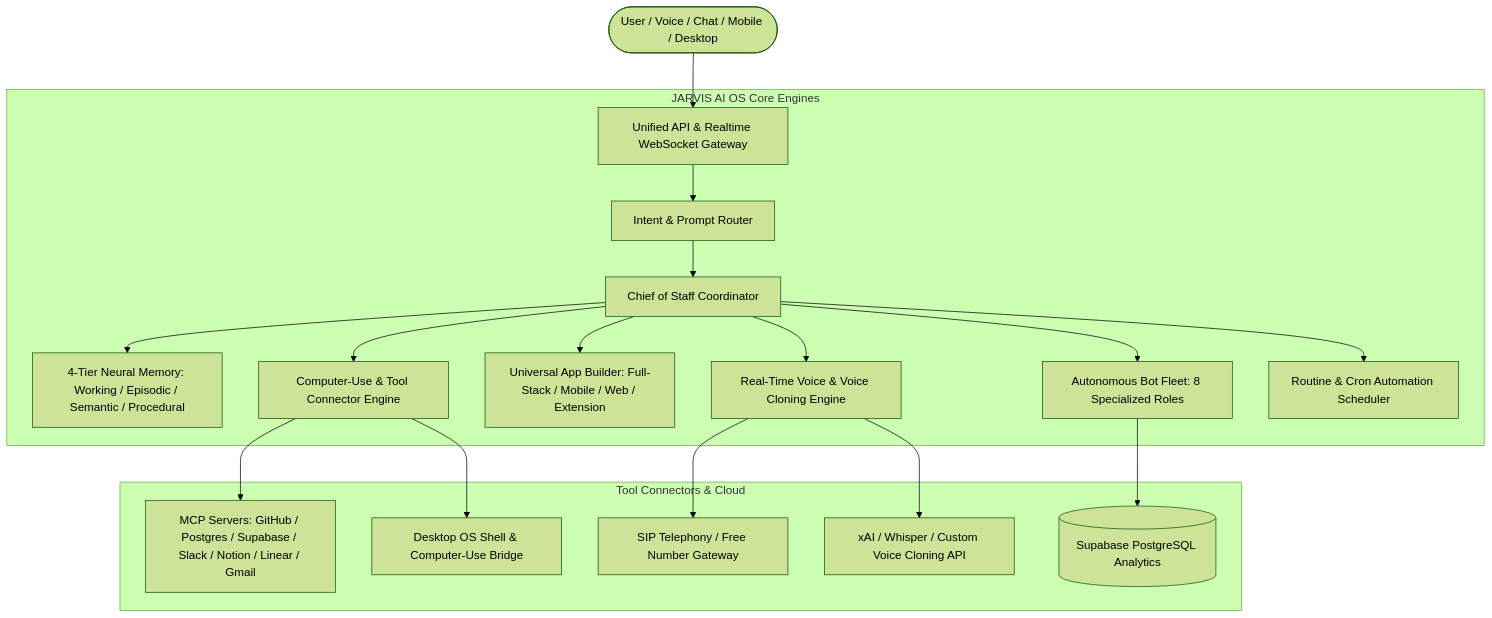
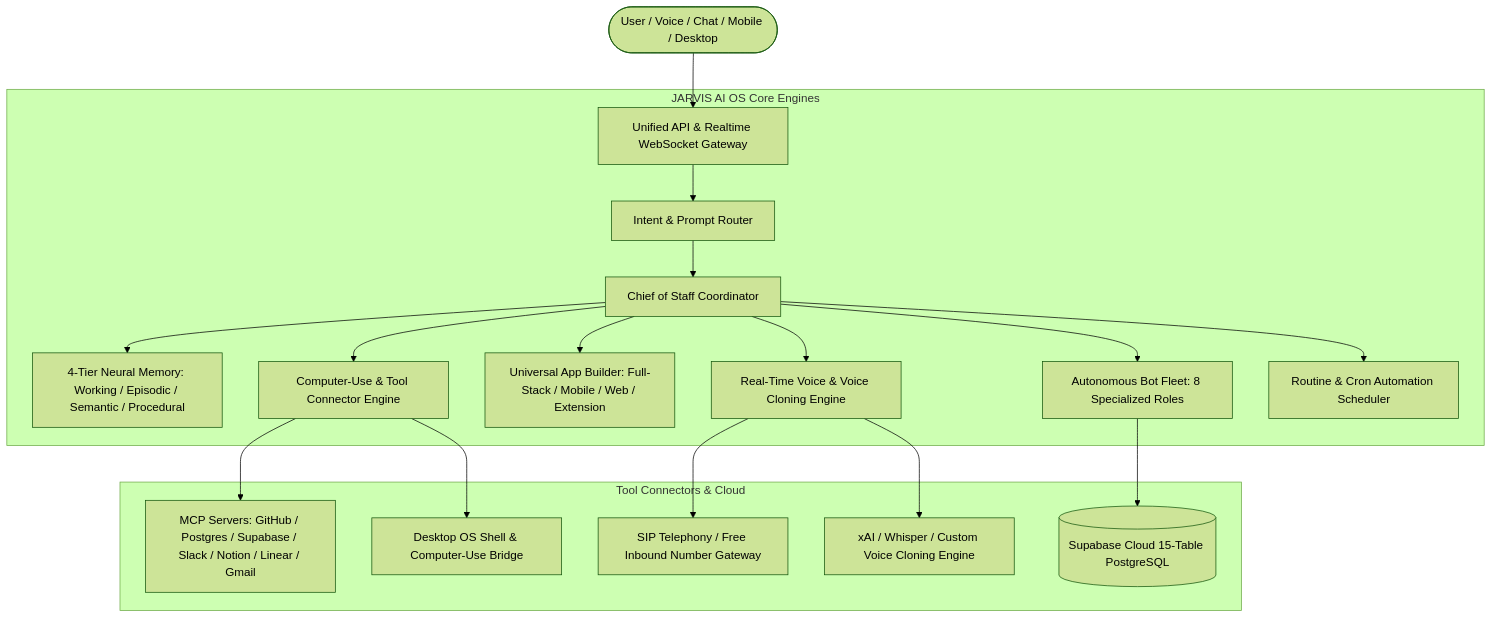
The first of 2 diagrams in README.md (Vishwajeetsrk/JARVIS-AI-OS), drawn with Mermaid (forest theme) before and after one commit. The commit also changed other lines of this file, not shown here.

Commit message:
docs(readme): update comprehensive architecture, blog portal, 15 supabase tables, and mobile build docs

````diff
--- a/README.md
+++ b/README.md
@@ -31,23 +31,23 @@
 ```mermaid
 graph TD
     User([User / Voice / Chat / Mobile / Desktop]) --> Gateway[Unified API & Realtime WebSocket Gateway]
     
     subgraph Core_OS_Engines [JARVIS AI OS Core Engines]
         Gateway --> IntentRouter[Intent & Prompt Router]
         IntentRouter --> ChiefOfStaff[Chief of Staff Coordinator]
         ChiefOfStaff --> MemoryEngine[4-Tier Neural Memory: Working / Episodic / Semantic / Procedural]
         ChiefOfStaff --> AgentFleet[Autonomous Bot Fleet: 8 Specialized Roles]
         ChiefOfStaff --> AppForge[Universal App Builder: Full-Stack / Mobile / Web / Extension]
         ChiefOfStaff --> VoiceEngine[Real-Time Voice & Voice Cloning Engine]
         ChiefOfStaff --> ToolRunner[Computer-Use & Tool Connector Engine]
         ChiefOfStaff --> Scheduler[Routine & Cron Automation Scheduler]
     end
 
     subgraph External_Integrations [Tool Connectors & Cloud]
         ToolRunner --> MCP[MCP Servers: GitHub / Postgres / Supabase / Slack / Notion / Linear / Gmail]
         ToolRunner --> DesktopBridge[Desktop OS Shell & Computer-Use Bridge]
-        VoiceEngine --> TelephonySIP[SIP Telephony / Free Number Gateway]
-        VoiceEngine --> VoiceCloner[xAI / Whisper / Custom Voice Cloning API]
-        AgentFleet --> AnalyticsDB[(Supabase PostgreSQL Analytics)]
+        VoiceEngine --> TelephonySIP[SIP Telephony / Free Inbound Number Gateway]
+        VoiceEngine --> VoiceCloner[xAI / Whisper / Custom Voice Cloning Engine]
+        AgentFleet --> AnalyticsDB[(Supabase Cloud 15-Table PostgreSQL)]
     end
 ```
````
